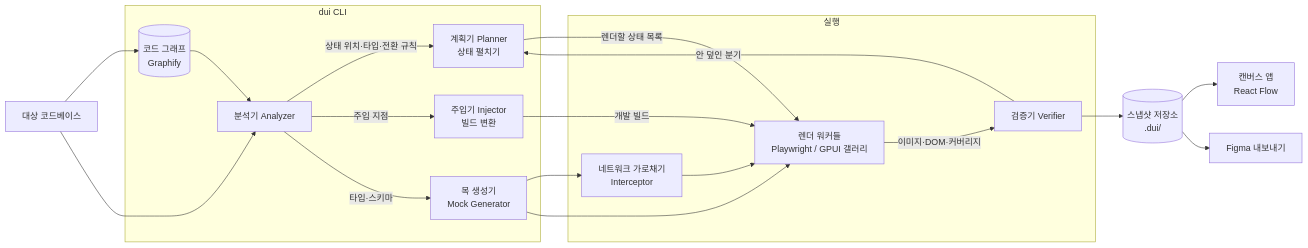
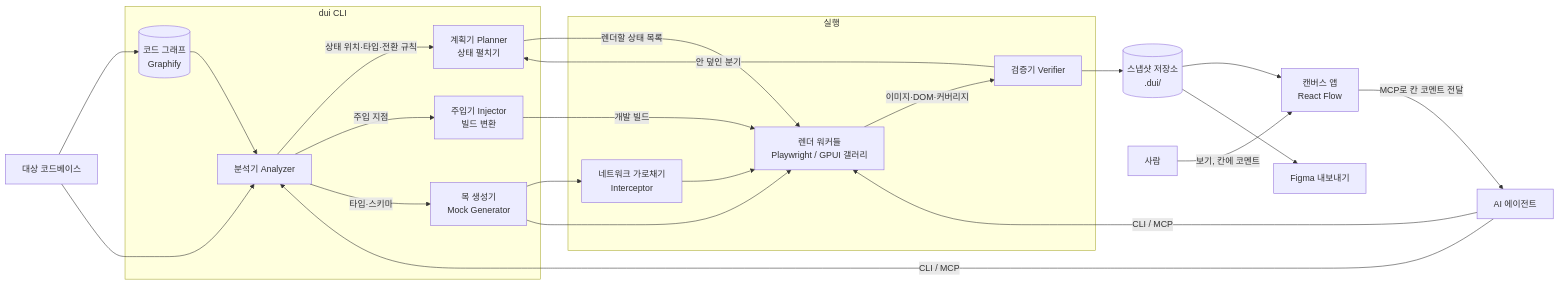
The diagram in docs/ko/design-v0.md (de-novo/dui), drawn with Mermaid before and after one commit. The commit also changed other lines of this file and 5 other files, not shown here.

````diff
--- a/docs/ko/design-v0.md
+++ b/docs/ko/design-v0.md
@@ -48,34 +60,38 @@
 ```mermaid
 flowchart LR
   subgraph CLI["dui CLI"]
     A[분석기 Analyzer]
     G[(코드 그래프<br/>Graphify)]
     I[주입기 Injector<br/>빌드 변환]
     M[목 생성기<br/>Mock Generator]
     P[계획기 Planner<br/>상태 펼치기]
   end
   subgraph Run["실행"]
     N[네트워크 가로채기<br/>Interceptor]
     R[렌더 워커들<br/>Playwright / GPUI 갤러리]
     V[검증기 Verifier]
   end
   S[(스냅샷 저장소<br/>.dui/)]
   C[캔버스 앱<br/>React Flow]
   F[Figma 내보내기]
 
   Code[대상 코드베이스] --> G --> A
   Code --> A
   A -->|상태 위치·타입·전환 규칙| P
   A -->|주입 지점| I
   A -->|타입·스키마| M
   P -->|렌더할 상태 목록| R
   M --> N
   M --> R
   I -->|개발 빌드| R
   N --> R
   R -->|이미지·DOM·커버리지| V
   V --> S
   S --> C
   S --> F
   V -->|안 덮인 분기| P
+  AI[AI 에이전트] -->|CLI / MCP| A
+  AI -->|CLI / MCP| R
+  H[사람] -->|보기, 칸에 코멘트| C
+  C -->|MCP로 칸 코멘트 전달| AI
 ```
````
